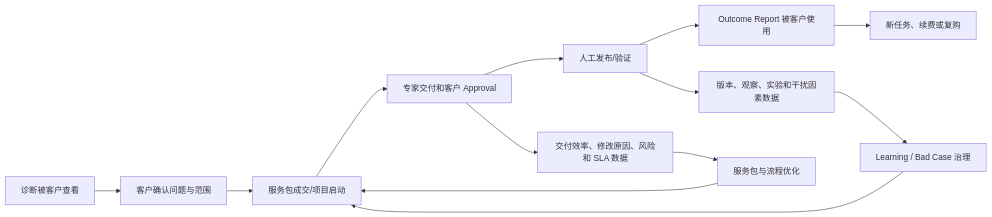
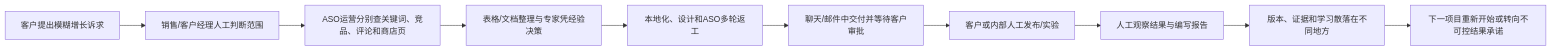
The first of 2 diagrams in 01_product_direction/全球_ASO_与本地化增长_Agent_产品方向确认_v2.md (linkaka970105/ai-pm-adops-copilot), drawn with Mermaid before and after one commit. The commit also changed other lines of this file and 1 other file, not shown here.

````diff
--- a/01_product_direction/全球_ASO_与本地化增长_Agent_产品方向确认_v2.md
+++ b/01_product_direction/全球_ASO_与本地化增长_Agent_产品方向确认_v2.md
@@ -601,15 +423,12 @@
 ```mermaid
 flowchart LR
-    A["诊断被客户查看"] --> B["客户确认问题与范围"]
-    B --> C["服务包成交/项目启动"]
-    C --> D["专家交付和客户 Approval"]
-    D --> E["人工发布/验证"]
-    E --> F["Outcome Report 被客户使用"]
-    F --> G["新任务、续费或复购"]
-    D --> H["交付效率、修改原因、风险和 SLA 数据"]
-    E --> I["版本、观察、实验和干扰因素数据"]
-    H --> J["服务包与流程优化"]
-    I --> K["Learning / Bad Case 治理"]
-    J --> C
-    K --> C
+    A[客户提出模糊增长诉求] --> B[销售/客户经理人工判断范围]
+    B --> C[ASO运营分别查关键词、竞品、评论和商店页]
+    C --> D[表格/文档整理与专家凭经验决策]
+    D --> E[本地化、设计和ASO多轮返工]
+    E --> F[聊天/邮件中交付并等待客户审批]
+    F --> G[客户或内部人工发布/实验]
+    G --> H[人工观察结果与编写报告]
+    H --> I[版本、证据和学习散落在不同地方]
+    I --> J[下一项目重新开始或转向不可控结果承诺]
 ```
````
